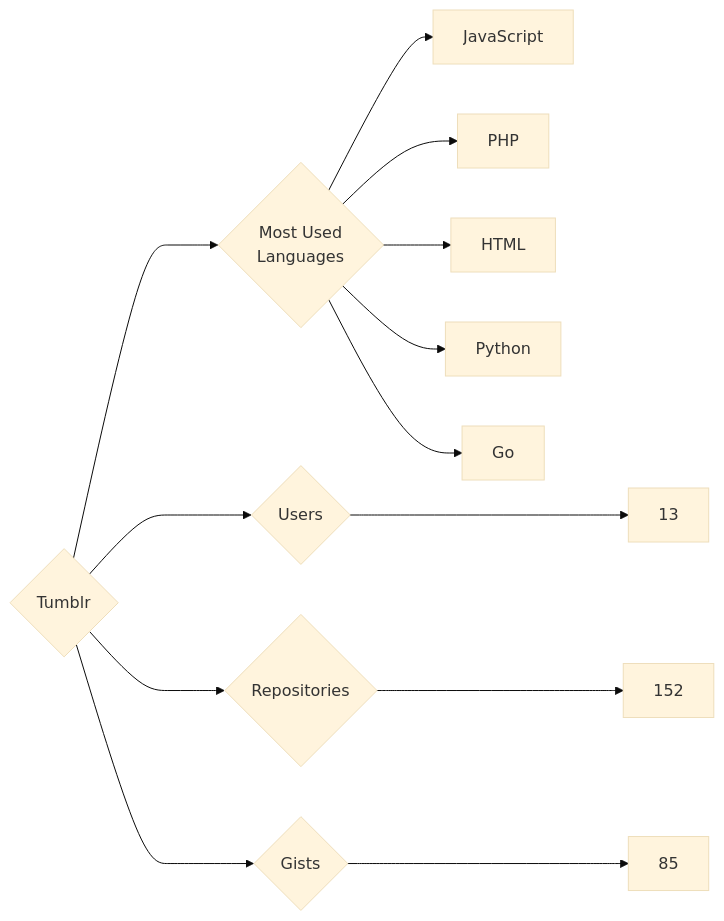
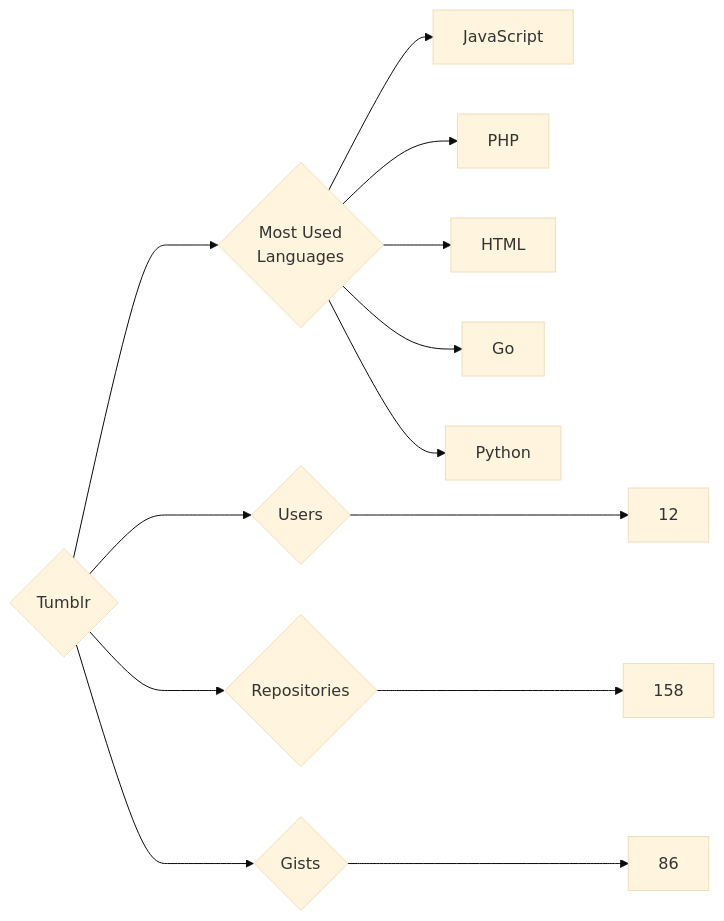
One commit to trickest/insiders changed the diagram in targets/Tumblr/README.md. Above: the diagram before and after it, drawn with Mermaid (base theme). The commit also changed 965 other files, not shown here.

````diff
--- a/targets/Tumblr/README.md
+++ b/targets/Tumblr/README.md
@@ -3,13 +3,13 @@
 ```mermaid
 graph LR
 COMPANY_NAME{Tumblr}
-COMPANY_NAME ---> U{Users} ---> UN[13]
-COMPANY_NAME ---> R{Repositories} ---> RN[152]
-COMPANY_NAME ---> G{Gists} ---> GN[85]
+COMPANY_NAME ---> U{Users} ---> UN[12]
+COMPANY_NAME ---> R{Repositories} ---> RN[158]
+COMPANY_NAME ---> G{Gists} ---> GN[86]
 COMPANY_NAME ---> ML{Most Used<br>Languages}
 ML --> JavaScript[JavaScript]
 ML --> PHP[PHP]
 ML --> HTML[HTML]
+ML --> Go[Go]
 ML --> Python[Python]
-ML --> Go[Go]
 ```
````
